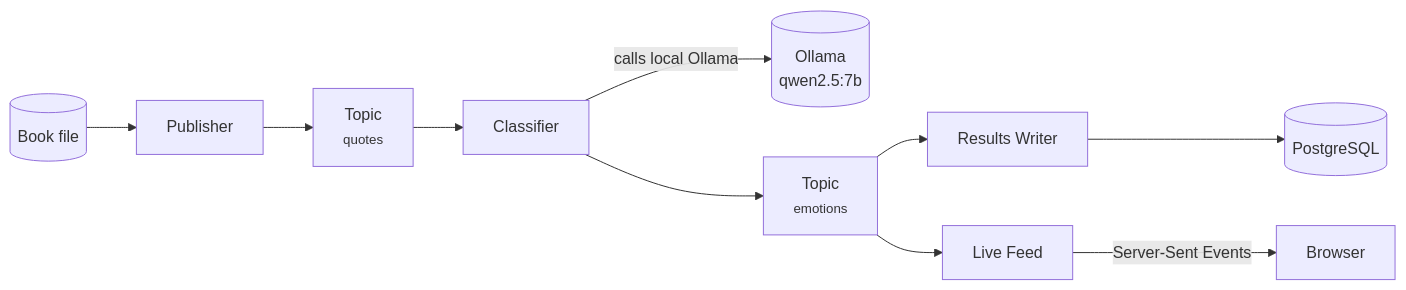
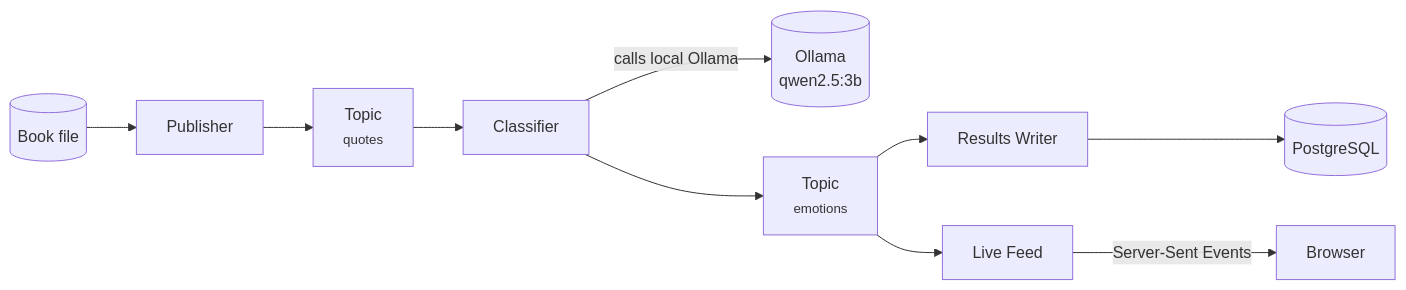
The diagram in README.md (kiovaz/kafka-on-kafka), drawn with Mermaid before and after one commit. The commit also changed other lines of this file and 24 other files, not shown here.

````diff
--- a/README.md
+++ b/README.md
@@ -34,12 +34,12 @@
 ```mermaid
 flowchart LR
     B[(Book file)] --> P[Publisher]
     P --> T1[Topic<br/><small>quotes</small>]
     T1 --> C[Classifier]
-    C -->|calls local Ollama| O[(Ollama<br/>qwen2.5:7b)]
+    C -->|calls local Ollama| O[(Ollama<br/>qwen2.5:3b)]
     C --> T2[Topic<br/><small>emotions</small>]
     T2 --> W[Results Writer]
     T2 --> F[Live Feed]
     W --> PG[(PostgreSQL)]
     F -->|Server-Sent Events| BR[Browser]
 ```
````
